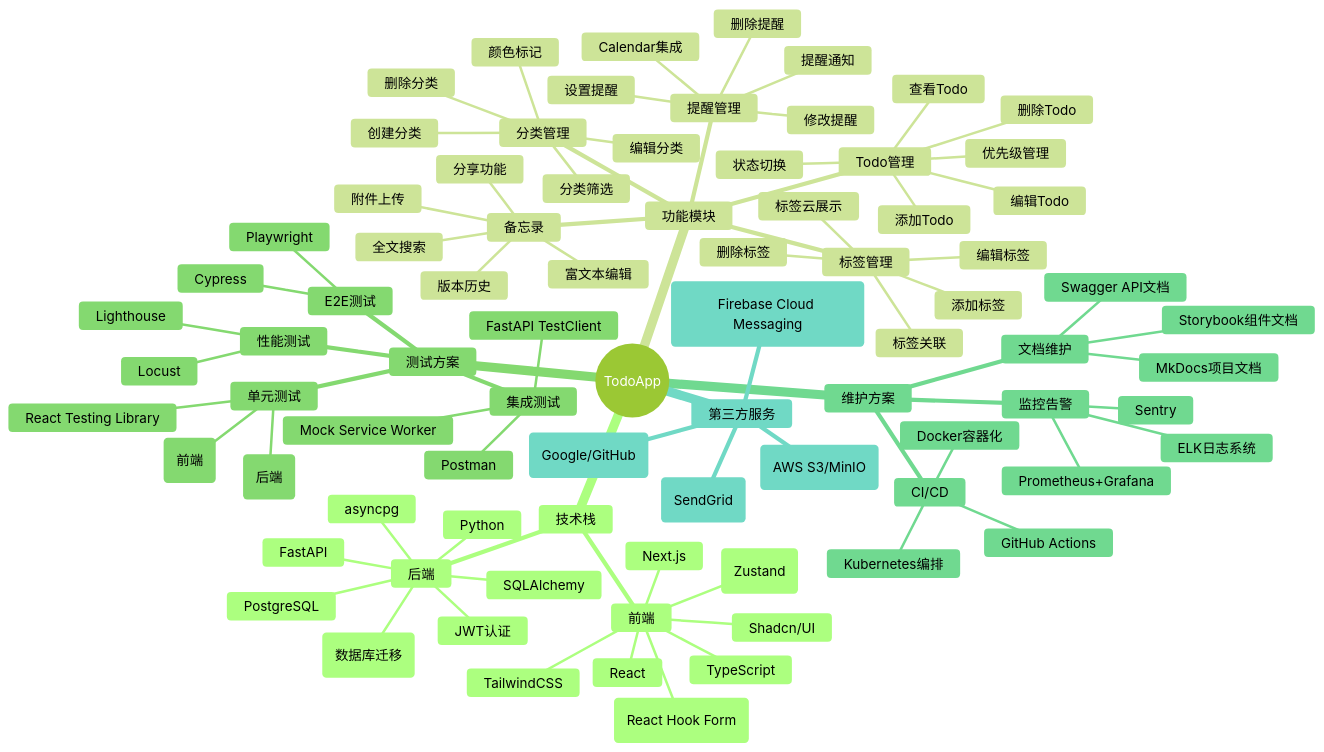
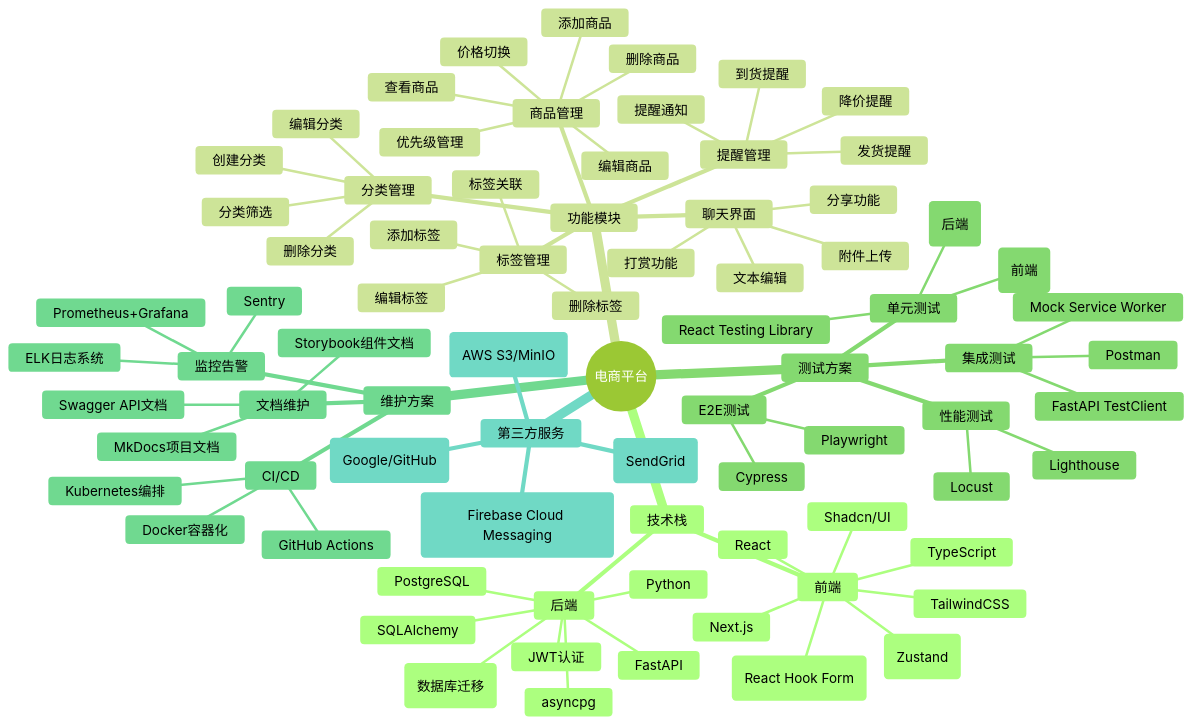
One commit to onlygggxk/docs changed the first of 2 diagrams in README.md. Above: the diagram before and after it, drawn with Mermaid (forest theme). The commit also changed other lines of this file, not shown here.

````diff
--- a/README.md
+++ b/README.md
@@ -24,6 +24,6 @@
 ```mermaid
 mindmap
-  root((TodoApp))
+  root((电商平台))
     技术栈
       前端
         React
@@ -42,37 +42,33 @@
         JWT认证
         Alembic(数据库迁移)
     功能模块
-      Todo管理
-        添加Todo
-        编辑Todo
-        删除Todo
-        查看Todo
-        状态切换
+      商品管理
+        添加商品
+        编辑商品
+        删除商品
+        查看商品
+        价格切换
         优先级管理
       分类管理
         创建分类
         编辑分类
         删除分类
         分类筛选
-        颜色标记
       标签管理
         添加标签
         编辑标签
         删除标签
         标签关联
-        标签云展示
       提醒管理
-        设置提醒
-        修改提醒
-        删除提醒
+        发货提醒
+        到货提醒
+        降价提醒
         提醒通知
-        Calendar集成
-      备忘录
-        富文本编辑
+      聊天界面
+        文本编辑
         附件上传
-        版本历史
+        打赏功能
         分享功能
-        全文搜索
     测试方案
       单元测试
         Jest(前端)
````
